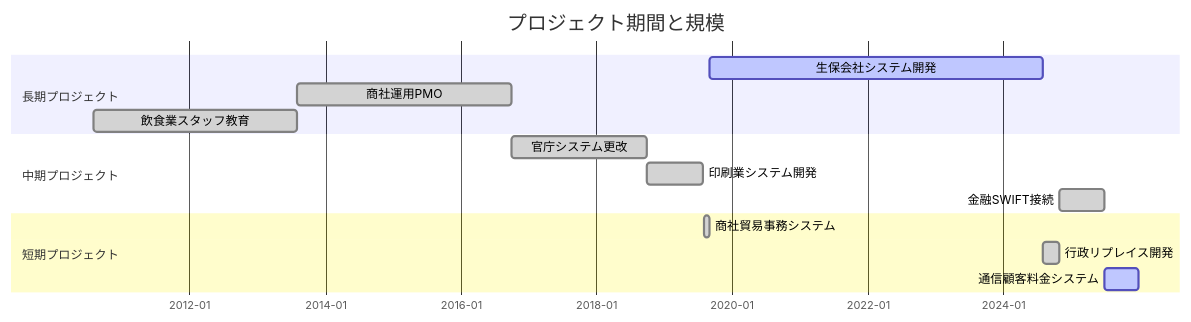
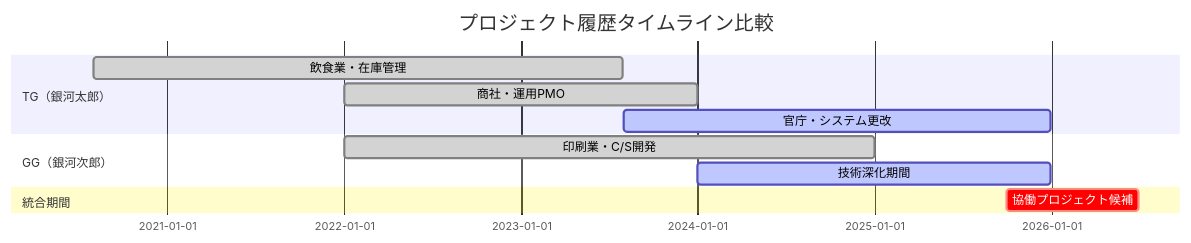
The second of 13 diagrams in docs/経歴書サンプル_総合分析レポート.md (MasatakaNakamura/xlsx-data-analyzer), drawn with Mermaid before and after one commit. The commit also changed other lines of this file and 32 other files, not shown here.

````diff
--- a/docs/経歴書サンプル_総合分析レポート.md
+++ b/docs/経歴書サンプル_総合分析レポート.md
@@ -82,21 +73,17 @@
 ```mermaid
 gantt
-    title プロジェクト期間と規模
-    dateFormat YYYY-MM-DD
-    axisFormat %Y-%m
+    title プロジェクト履歴タイムライン比較
+    dateFormat  YYYY-MM-DD
 
-    section 長期プロジェクト
-    生保会社システム開発    :active, 2019-09-01, 2024-07-31
-    商社運用PMO           :done, 2013-08-01, 2016-09-30
-    飲食業スタッフ教育     :done, 2010-08-01, 2013-07-31
+    section TG（銀河太郎）
+    飲食業・在庫管理    :done, tg1, 2020-08-01, 2023-07-31
+    商社・運用PMO      :done, tg2, 2022-01-01, 2023-12-31
+    官庁・システム更改  :active, tg3, 2023-08-01, 2025-12-31
 
-    section 中期プロジェクト
-    官庁システム更改      :done, 2016-10-01, 2018-09-30
-    印刷業システム開発     :done, 2018-10-01, 2019-07-31
-    金融SWIFT接続        :done, 2024-11-01, 2025-06-30
+    section GG（銀河次郎）
+    印刷業・C/S開発    :done, gg1, 2022-01-01, 2024-12-31
+    技術深化期間       :active, gg2, 2024-01-01, 2025-12-31
 
-    section 短期プロジェクト
-    商社貿易事務システム   :done, 2019-08-01, 2019-08-31
-    行政リプレイス開発     :done, 2024-08-01, 2024-10-31
-    通信顧客料金システム   :active, 2025-07-01, 2025-12-31
+    section 統合期間
+    協働プロジェクト候補 :crit, future, 2025-10-01, 2026-06-30
 ```
````
